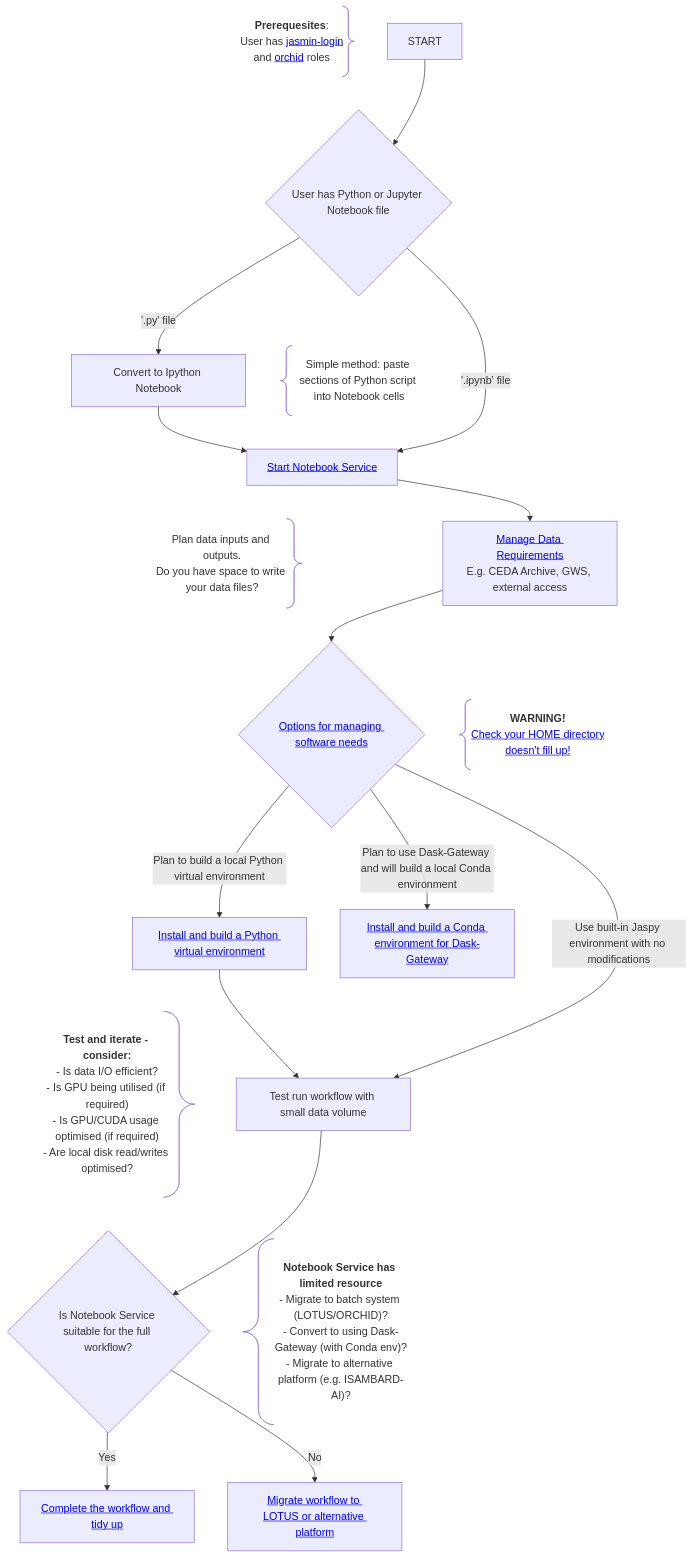
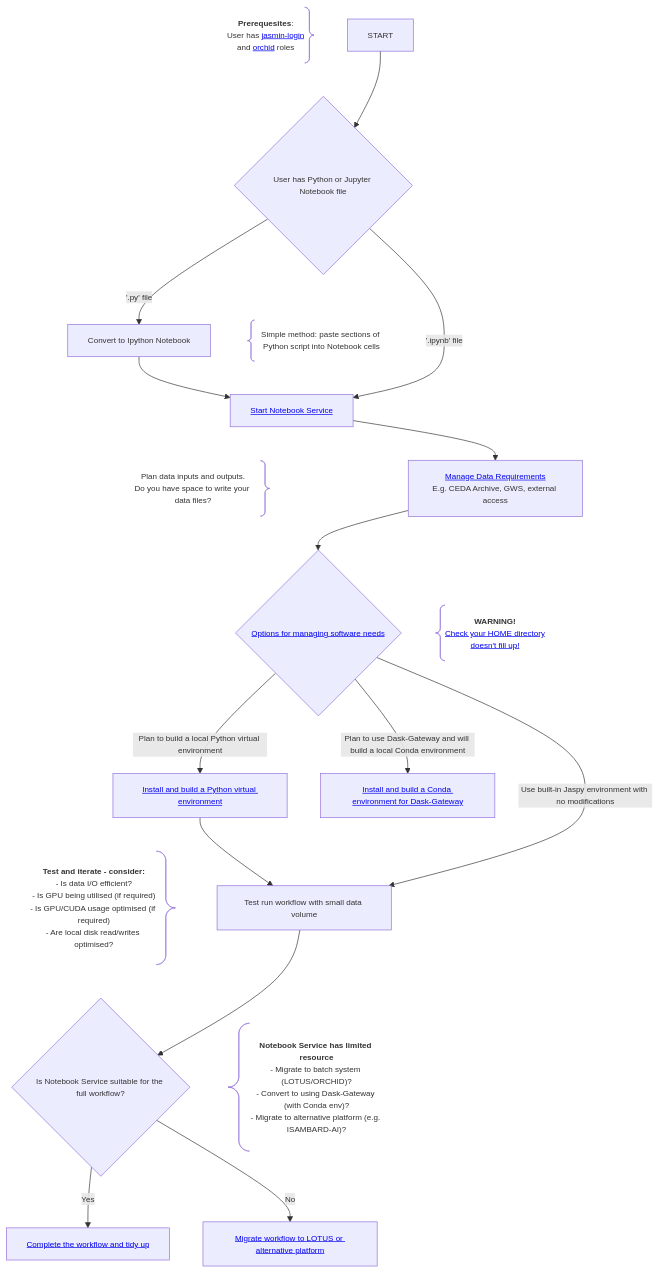
One commit to agstephens/proto-jasmin-mermaid-docs changed the first of 2 diagrams in README.md. Above: the diagram before and after it, drawn with Mermaid. The commit also changed other lines of this file, not shown here.

````diff
--- a/README.md
+++ b/README.md
@@ -13,43 +13,49 @@
 ```mermaid
+---
+config:
+  theme: 'default'
+  themeVariables:
+    fontSize: 9pt
+---
  flowchart TD
     START --> PY_IPYNB{User has Python or Jupyter Notebook file}
 
     C1@{ shape: brace-r, label: "<b>Prerequesites</b>:
         User has <a href='http://help.jasmin.ac.uk/docs/getting-started/get-login-account/'>jasmin-login</a> 
         and <a href='https://help.jasmin.ac.uk/docs/batch-computing/orchid-gpu-cluster/#request-access-to-orchid'>orchid</a> roles" } ~~~ PY_IPYNB
 
     PY_IPYNB -->|'.ipynb' file| START_NBS[<a href="https://help.jasmin.ac.uk/docs/interactive-computing/jasmin-notebooks-service/#using-the-jasmin-notebook-service">Start Notebook Service</a>]
     PY_IPYNB -->|'.py' file| CONVERT_PY[Convert to Ipython Notebook]
 
     PY_IPYNB ~~~ C2@{ shape: brace-l, label: "Simple method: paste sections of Python script into Notebook cells"}
 
     CONVERT_PY --> START_NBS
     START_NBS ~~~ C3@{ shape: brace-r, label: "Plan data inputs and outputs.<br/>Do you have space to write your data files?"}
     
     START_NBS --> DATA_NEEDS[<a href="https://github.com/agstephens/proto-jasmin-mermaid-docs/blob/main/README.md#managing-data-access">Manage Data Requirements</a><br/>E.g. CEDA Archive, GWS, external access]
 
     DATA_NEEDS --> SW_NEEDS{<a href="https://github.com/agstephens/proto-jasmin-mermaid-docs/blob/main/README.md#software-management">Options for managing software needs</a>}
 
     SW_NEEDS -->|Use built-in Jaspy environment with no modifications| TEST_RUN[Test run workflow with small data volume]
     SW_NEEDS -->|Plan to build a local Python virtual environment| VENV_INSTALL[<a href="https://github.com/agstephens/proto-jasmin-mermaid-docs/blob/main/README.md#building-virtual-environments">Install and build a Python virtual environment</a>]
     SW_NEEDS -->|Plan to use Dask-Gateway and will build a local Conda environment| CONDA_INSTALL[<a href="https://github.com/agstephens/proto-jasmin-mermaid-docs/blob/main/README.md#using-dask-gateway">Install and build a Conda environment for Dask-Gateway</a>]
 
     DATA_NEEDS ~~~ C4@{ shape: brace-l, label: "<b>WARNING!</b><br/><a href='https://github.com/agstephens/proto-jasmin-mermaid-docs/blob/main/README.md#managing-your-home-directory'>Check your HOME directory<br/>doesn't fill up!</a>"}
     VENV_INSTALL --> TEST_RUN
 
     TEST_RUN --> FULL_RUN{Is Notebook Service suitable for the full workflow?}
 
     C5@{ shape: brace-r, label: "<b>Test and iterate - consider:</b>
     - Is data I/O efficient?
     - Is GPU being utilised (if required)
     - Is GPU/CUDA usage optimised (if required)
     - Are local disk read/writes optimised?"} ~~~ FULL_RUN
 
     TEST_RUN ~~~ C6@{ shape: brace-l, label: "**Notebook Service has limited resource**
     - Migrate to batch system (LOTUS/ORCHID)?
     - Convert to using Dask-Gateway (with Conda env)?
     - Migrate to alternative platform (e.g. ISAMBARD-AI)?"}
 
     FULL_RUN -->|Yes| COMPLETE[<a href="https://github.com/agstephens/proto-jasmin-mermaid-docs/blob/main/README.md#workflow-completion">Complete the workflow and tidy up</a>]
     FULL_RUN -->|No| MIGRATE[<a href="https://github.com/agstephens/proto-jasmin-mermaid-docs/blob/main/README.md#workflow-migration">Migrate workflow to LOTUS or alternative platform</a>]
 ```
````
